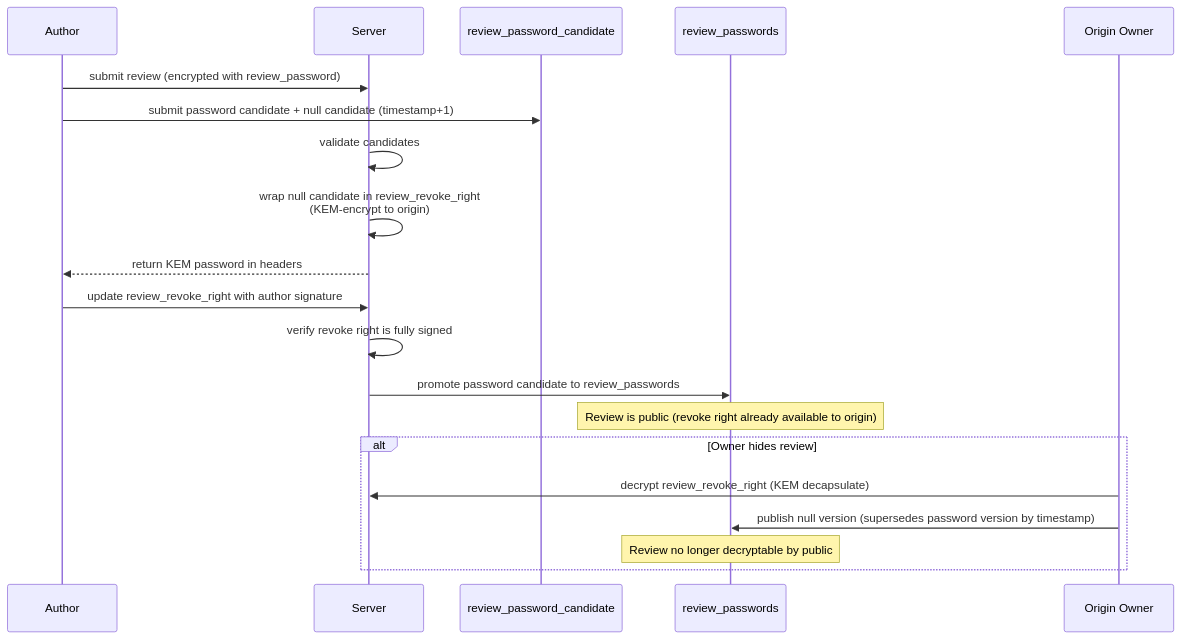
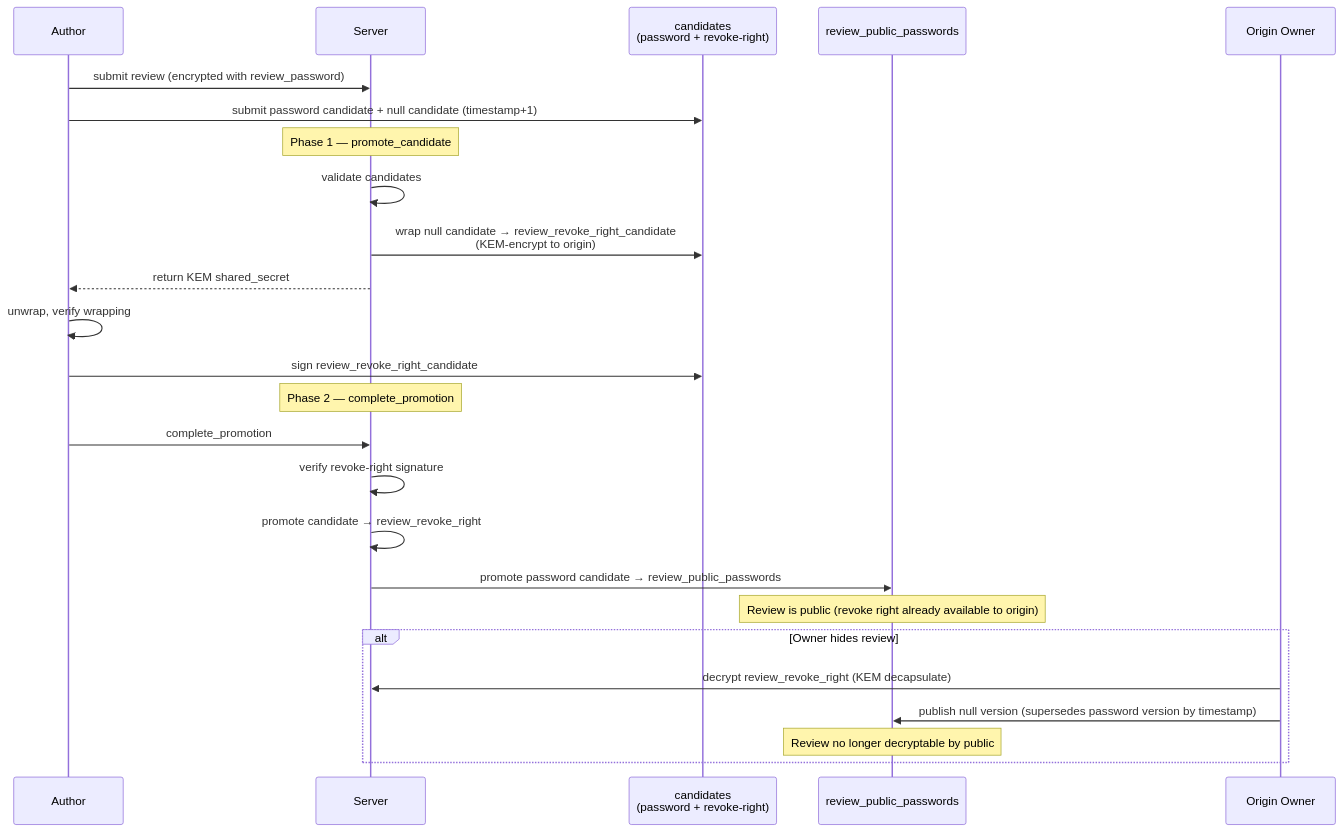
The third of 4 diagrams in docs/proposal/reviews.md (Buckitup-chat/chat), drawn with Mermaid before and after one commit. The commit also changed other lines of this file and 1 other file, not shown here.

````diff
--- a/docs/proposal/reviews.md
+++ b/docs/proposal/reviews.md
@@ -157,25 +163,30 @@
 ```mermaid
 sequenceDiagram
     participant A as Author
     participant S as Server
-    participant C as review_password_candidate
-    participant P as review_passwords
+    participant C as candidates<br/>(password + revoke-right)
+    participant P as review_public_passwords
     participant O as Origin Owner
 
     A->>S: submit review (encrypted with review_password)
     A->>C: submit password candidate + null candidate (timestamp+1)
+    Note over S: Phase 1 — promote_candidate
     S->>S: validate candidates
-    S->>S: wrap null candidate in review_revoke_right<br/>(KEM-encrypt to origin)
-    S-->>A: return KEM password in headers
-    A->>S: update review_revoke_right with author signature
-    S->>S: verify revoke right is fully signed
-    S->>P: promote password candidate to review_passwords
+    S->>C: wrap null candidate → review_revoke_right_candidate<br/>(KEM-encrypt to origin)
+    S-->>A: return KEM shared_secret
+    A->>A: unwrap, verify wrapping
+    A->>C: sign review_revoke_right_candidate
+    Note over S: Phase 2 — complete_promotion
+    A->>S: complete_promotion
+    S->>S: verify revoke-right signature
+    S->>S: promote candidate → review_revoke_right
+    S->>P: promote password candidate → review_public_passwords
 
     Note over P: Review is public (revoke right already available to origin)
 
     alt Owner hides review
         O->>S: decrypt review_revoke_right (KEM decapsulate)
         O->>P: publish null version (supersedes password version by timestamp)
         Note over P: Review no longer decryptable by public
     end
 ```
````
